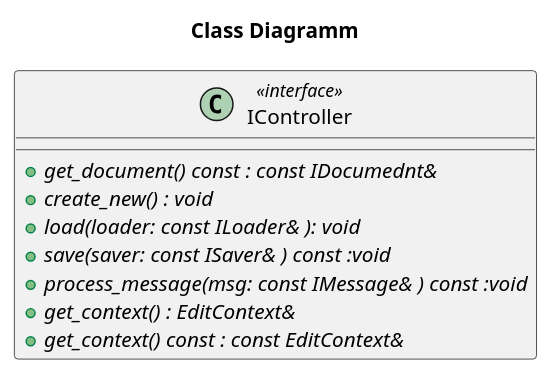
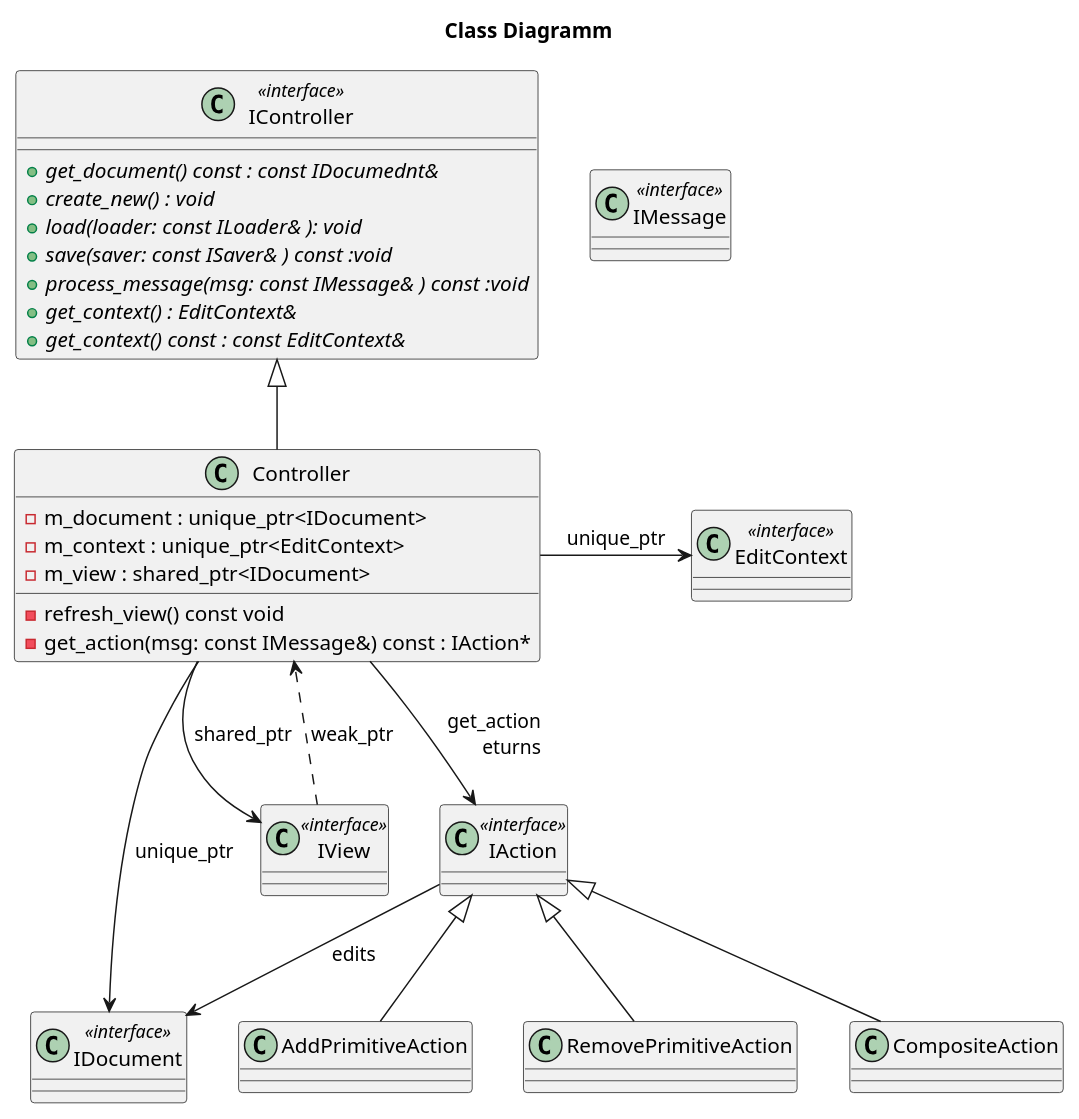
Before and after one commit to CheskisVladimir/otus-2025: the diagram in Editor/plant_uml/controller.puml, drawn with PlantUML. The commit also changed 3 other files, not shown here.

Commit message:
diagramm + 1

```diff
--- a/Editor/plant_uml/controller.puml
+++ b/Editor/plant_uml/controller.puml
@@ -1,14 +1,62 @@
 @startuml
 title Class Diagramm
 
 class IController <<interface>> {
   + {abstract} get_document() const : const IDocumednt&
   + {abstract}  create_new() : void
   + {abstract} load(loader: const ILoader& ): void
   + {abstract} save(saver: const ISaver& ) const :void 
   + {abstract} process_message(msg: const IMessage& ) const :void 
   + {abstract} get_context() : EditContext& 
   + {abstract} get_context() const : const EditContext&
+}
+
+class Controller {
+  - m_document : unique_ptr<IDocument>
+  - m_context : unique_ptr<EditContext>
+  - m_view : shared_ptr<IDocument>
+
+  - refresh_view() const void
+  - get_action(msg: const IMessage&) const : IAction*
 
 }
+
+class IView <<interface>> {
+ 
+}
+
+class IDocument <<interface>> {
+ 
+}
+
+class EditContext <<interface>> {
+ 
+}
+
+class IAction <<interface>> {
+ 
+}
+
+class IMessage <<interface>> {
+ 
+}
+
+Controller --> IView : shared_ptr
+IView ..> Controller : weak_ptr
+IController <|-- Controller
+Controller -> IDocument : unique_ptr
+Controller -> EditContext : unique_ptr
+Controller --> IAction : get_action\returns
+
+class AddPrimitiveAction {}
+class RemovePrimitiveAction {}
+class CompositeAction {}
+
+IAction <|-- AddPrimitiveAction
+IAction <|-- RemovePrimitiveAction
+IAction <|-- CompositeAction
+
+IAction --> IDocument : edits
+
+
 @enduml
```
